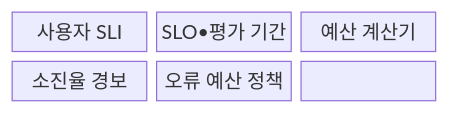
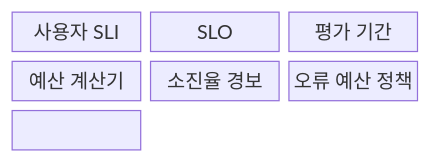
Before and after one commit to agnusdei1207/knowledge-base: the first of 2 diagrams in src/content/docs/notes/08-latest-tech/174_error_budget.md, drawn with Mermaid. The commit also changed other lines of this file and 20 other files, not shown here.

````diff
--- a/src/content/docs/notes/08-latest-tech/174_error_budget.md
+++ b/src/content/docs/notes/08-latest-tech/174_error_budget.md
@@ -65,11 +68,12 @@
 ```mermaid
 block-beta
   columns 3
   N0["사용자 SLI"]
-  N1["SLO•평가 기간"]
+  N1["SLO"]
+  N5["평가 기간"]
   N2["예산 계산기"]
   N3["소진율 경보"]
   N4["오류 예산 정책"]
-  N0 --- N1 --- N2
+  N0 --- N1 --- N5 --- N2
   N2 --- N3 --- N4
 ```
````
